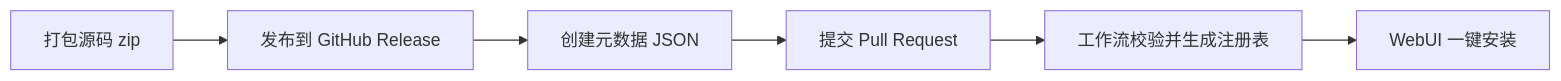
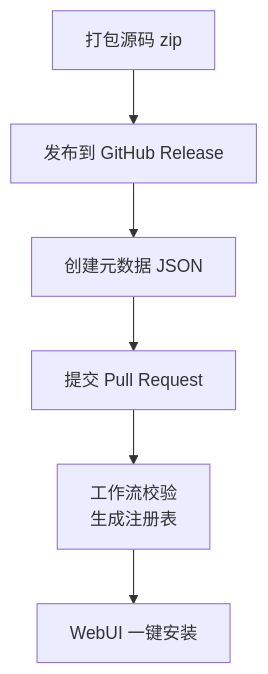
The diagram in Docs/docs/unibot/上传市场.md (FFDVDGD/UniBot), drawn with Mermaid before and after one commit. The commit also changed other lines of this file and 20 other files, not shown here.

````diff
--- a/Docs/docs/unibot/上传市场.md
+++ b/Docs/docs/unibot/上传市场.md
@@ -11,8 +11,8 @@
 ```mermaid
-flowchart LR
-    A[打包源码 zip] --> B[发布到 GitHub Release]
-    B --> C[创建元数据 JSON]
-    C --> D[提交 Pull Request]
-    D --> E[工作流校验并生成注册表]
-    E --> F[WebUI 一键安装]
+flowchart TD
+    a["打包源码 zip"] --> b["发布到 GitHub Release"]
+    b --> c["创建元数据 JSON"]
+    c --> d["提交 Pull Request"]
+    d --> e["工作流校验<br/>生成注册表"]
+    e --> f["WebUI 一键安装"]
 ```
````
